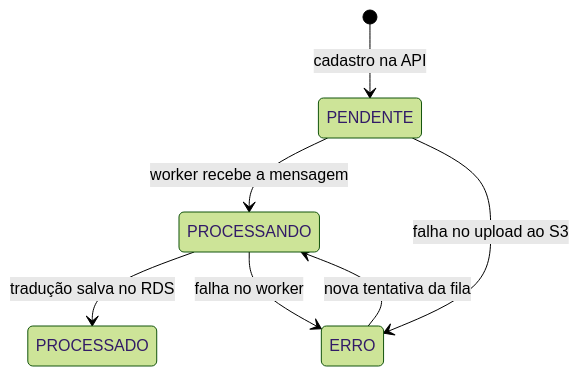
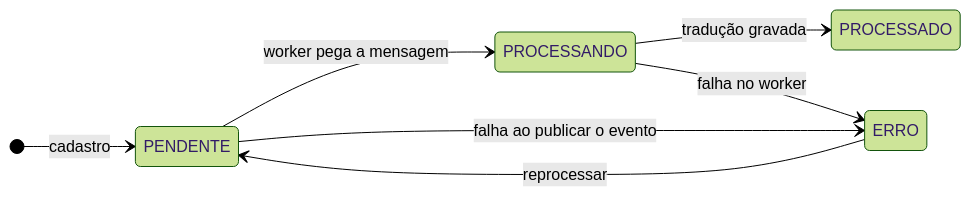
Before and after one commit to EstherMart/article-cloud-development: the first of 2 diagrams in README.md, drawn with Mermaid (forest theme). The commit also changed other lines of this file and 54 other files, not shown here.

````diff
--- a/README.md
+++ b/README.md
@@ -133,9 +34,10 @@
 ```mermaid
 stateDiagram-v2
-    [*] --> PENDENTE: cadastro na API
-    PENDENTE --> PROCESSANDO: worker recebe a mensagem
-    PROCESSANDO --> PROCESSADO: tradução salva no RDS
+    direction LR
+    [*] --> PENDENTE: cadastro
+    PENDENTE --> PROCESSANDO: worker pega a mensagem
+    PROCESSANDO --> PROCESSADO: tradução gravada
     PROCESSANDO --> ERRO: falha no worker
-    ERRO --> PROCESSANDO: nova tentativa da fila
-    PENDENTE --> ERRO: falha no upload ao S3
+    PENDENTE --> ERRO: falha ao publicar o evento
+    ERRO --> PENDENTE: reprocessar
 ```
````
